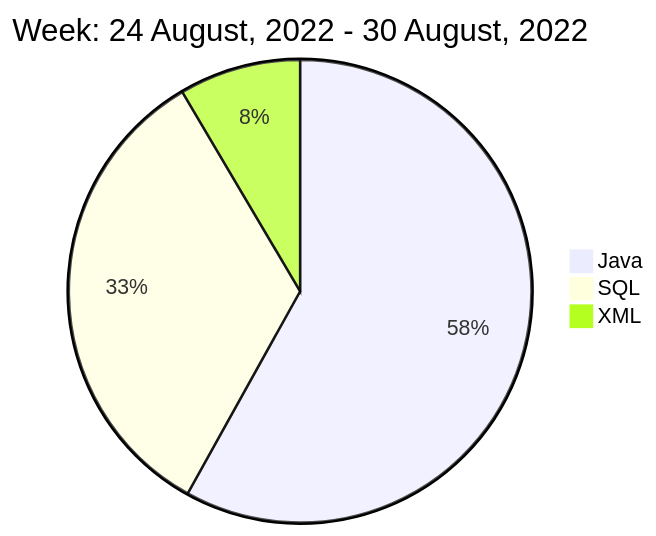
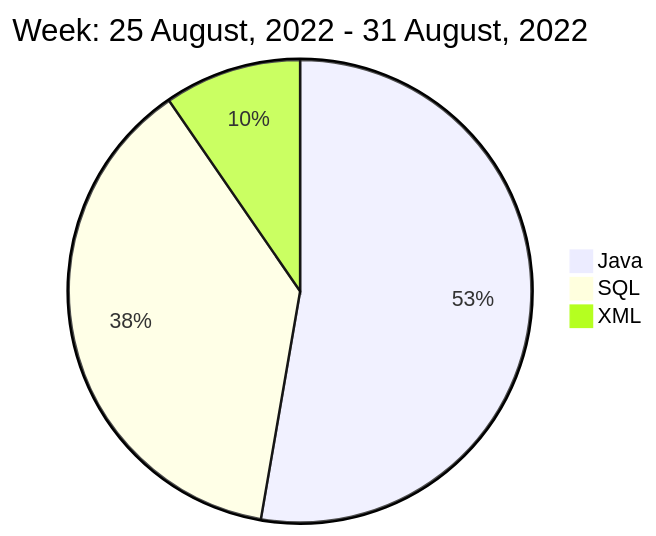
Before and after one commit to liubin95/liubin95: the diagram in README.md, drawn with Mermaid.

Commit message:
Updated the Graph with new Metrics

````diff
--- a/README.md
+++ b/README.md
@@ -40,7 +40,7 @@
 ```mermaid
  pie
-title Week: 24 August, 2022 - 30 August, 2022
- "Java" : 2.05
+title Week: 25 August, 2022 - 31 August, 2022
+ "Java" : 1.65
  "SQL" : 1.18
  "XML" : 0.3
 ```
````
